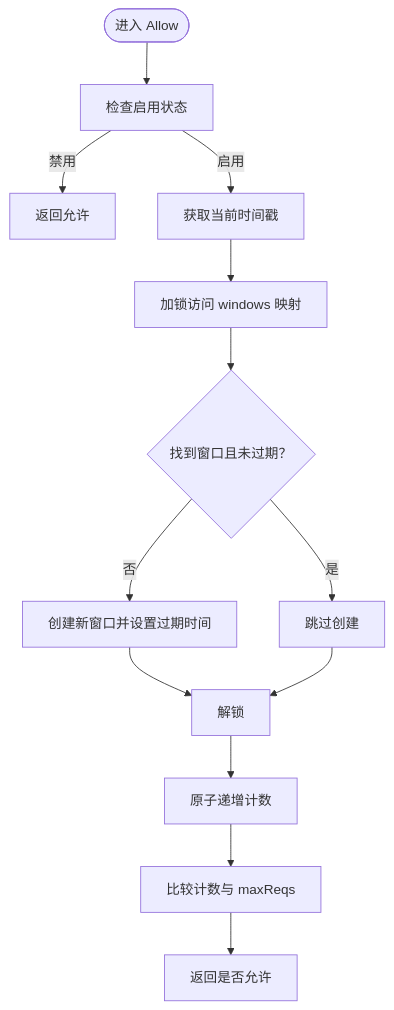
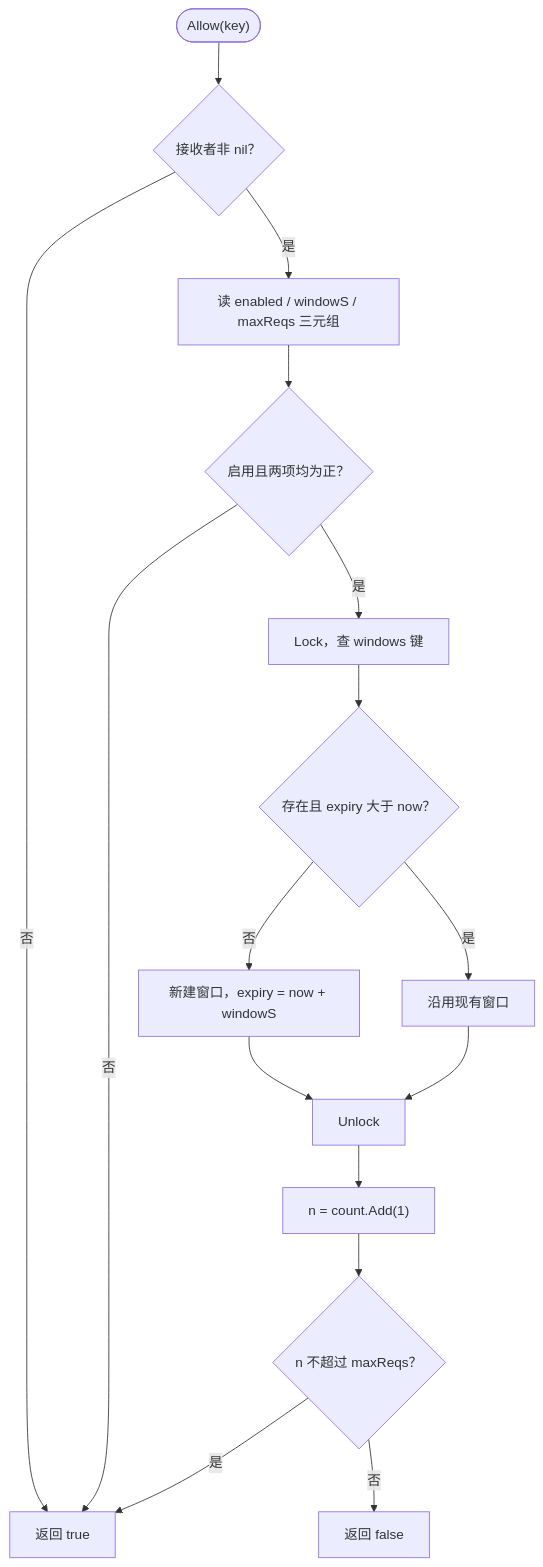
The fifth of 7 diagrams in docs/安全防护功能/速率限制机制/本地固定窗口限流.md (x01n/My-OpenWaf), drawn with Mermaid before and after one commit. The commit also changed other lines of this file and 622 other files, not shown here.

````diff
--- a/docs/安全防护功能/速率限制机制/本地固定窗口限流.md
+++ b/docs/安全防护功能/速率限制机制/本地固定窗口限流.md
@@ -145,15 +334,18 @@
 ```mermaid
 flowchart TD
-Start(["进入 Allow"]) --> CheckEnabled["检查启用状态"]
-CheckEnabled --> |禁用| ReturnTrue["返回允许"]
-CheckEnabled --> |启用| GetTime["获取当前时间戳"]
-GetTime --> Lock["加锁访问 windows 映射"]
-Lock --> FindWin{"找到窗口且未过期？"}
-FindWin --> |否| CreateWin["创建新窗口并设置过期时间"]
-FindWin --> |是| SkipCreate["跳过创建"]
-CreateWin --> Unlock["解锁"]
-SkipCreate --> Unlock
-Unlock --> AtomicInc["原子递增计数"]
-AtomicInc --> Compare["比较计数与 maxReqs"]
-Compare --> ReturnBool["返回是否允许"]
+    A(["Allow(key)"]) --> B{"接收者非 nil？"}
+    B --> |否| Y["返回 true"]
+    B --> |是| C["读 enabled / windowS / maxReqs 三元组"]
+    C --> D{"启用且两项均为正？"}
+    D --> |否| Y
+    D --> |是| E["Lock，查 windows 键"]
+    E --> F{"存在且 expiry 大于 now？"}
+    F --> |否| G["新建窗口，expiry = now + windowS"]
+    F --> |是| H["沿用现有窗口"]
+    G --> I["Unlock"]
+    H --> I
+    I --> J["n = count.Add(1)"]
+    J --> K{"n 不超过 maxReqs？"}
+    K --> |是| Y
+    K --> |否| N["返回 false"]
 ```
````
